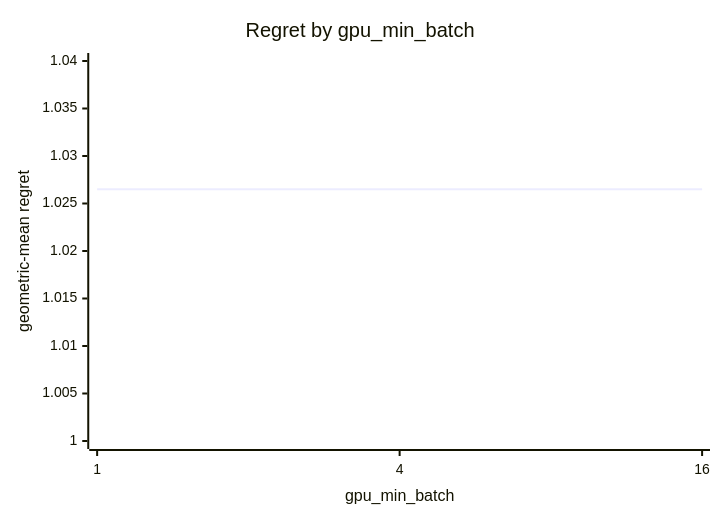
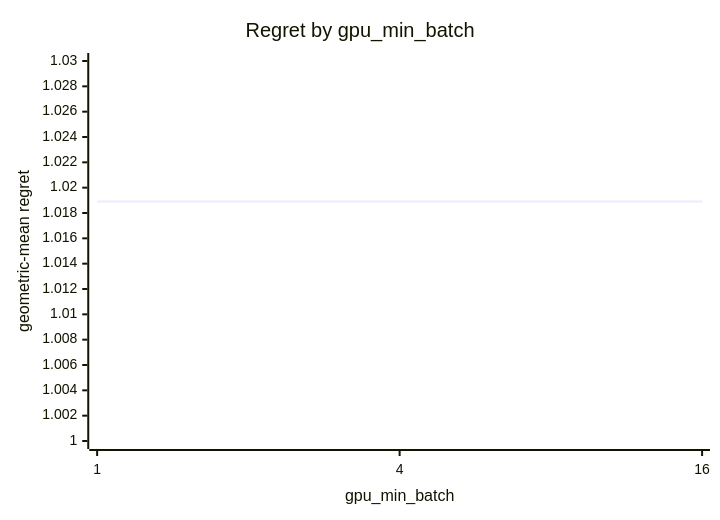
The eighth of 9 diagrams in docs/results/apple-m5-pro-20gpu/20261003-c0878c/svd/report.md (c0rmac/metal-linalg), drawn with Mermaid before and after one commit. The commit also changed other lines of this file and 82 other files, not shown here.

````diff
--- a/docs/results/apple-m5-pro-20gpu/20261003-c0878c/svd/report.md
+++ b/docs/results/apple-m5-pro-20gpu/20261003-c0878c/svd/report.md
@@ -289,7 +291,7 @@
 ```mermaid
 xychart-beta
     title "Regret by gpu_min_batch"
     x-axis "gpu_min_batch" [1, 4, 16]
-    y-axis "geometric-mean regret" 1.0 --> 1.04
-    line [1.0265, 1.0265, 1.0265]
+    y-axis "geometric-mean regret" 1.0 --> 1.03
+    line [1.0189, 1.0189, 1.0189]
 ```
````
